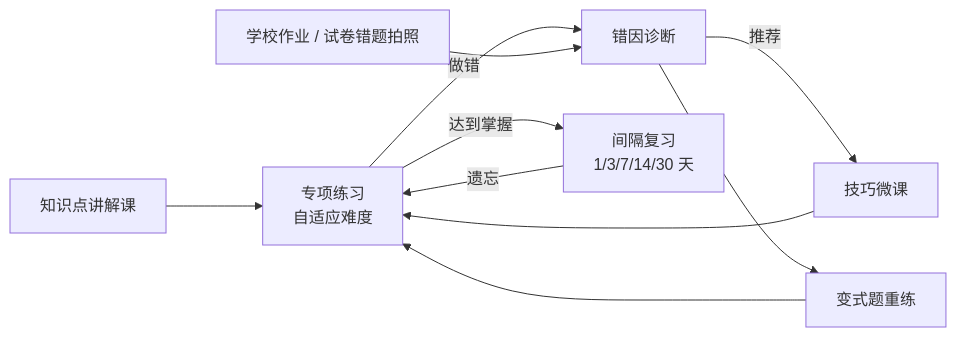
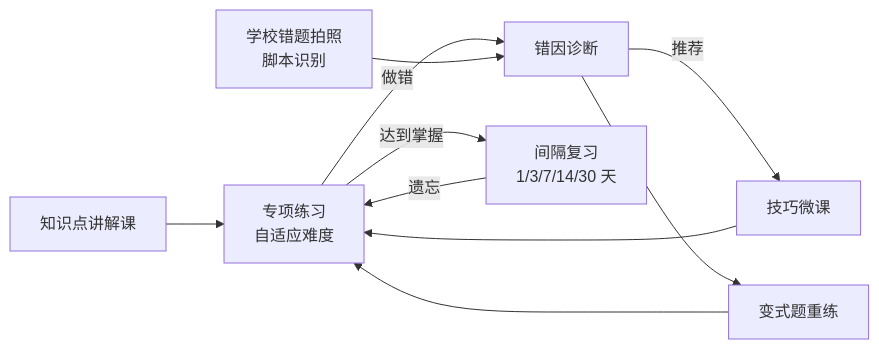
The second of 3 diagrams in docs/solution-plan.md (yinshujin/xuexi), drawn with Mermaid before and after one commit. The commit also changed other lines of this file and 1 other file, not shown here.

````diff
--- a/docs/solution-plan.md
+++ b/docs/solution-plan.md
@@ -86,12 +100,12 @@
 ```mermaid
 flowchart LR
   L[知识点讲解课] --> P[专项练习<br/>自适应难度]
   T[技巧微课] --> P
   P -->|做错| D[错因诊断]
   D -->|推荐| T
   D --> V[变式题重练]
   V --> P
   P -->|达到掌握| R[间隔复习<br/>1/3/7/14/30 天]
   R -->|遗忘| P
-  S[学校作业 / 试卷错题拍照] --> D
+  S[学校错题拍照<br/>脚本识别] --> D
 ```
````
